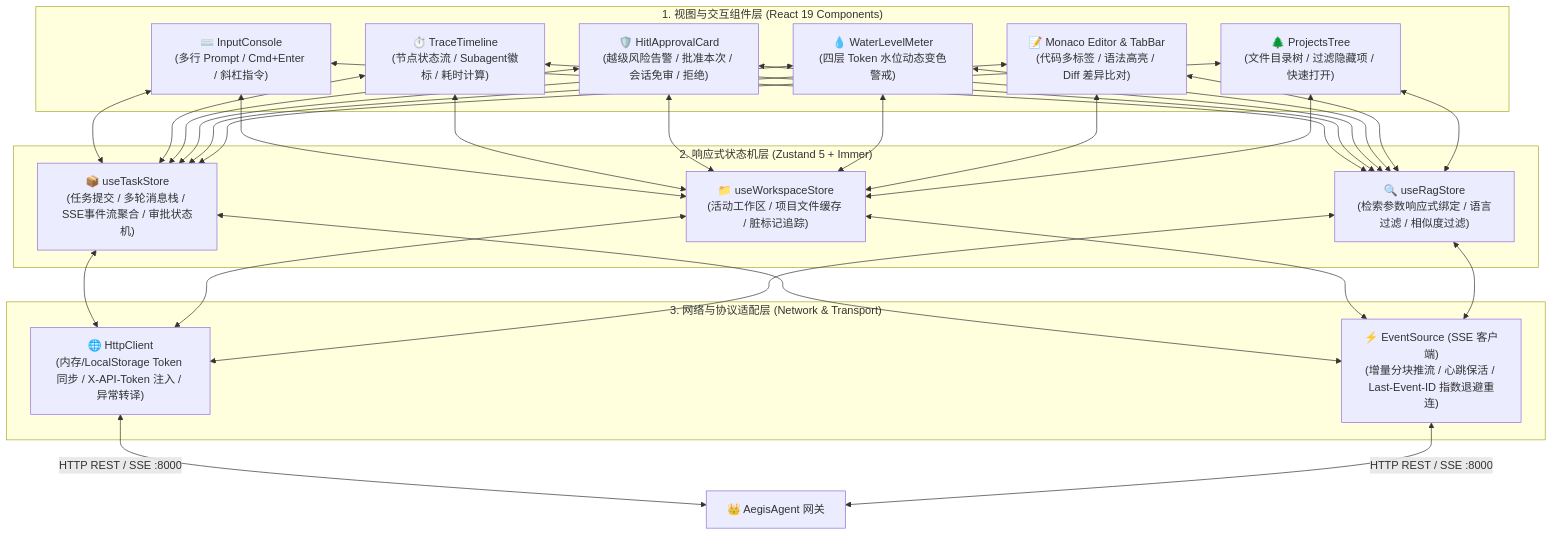
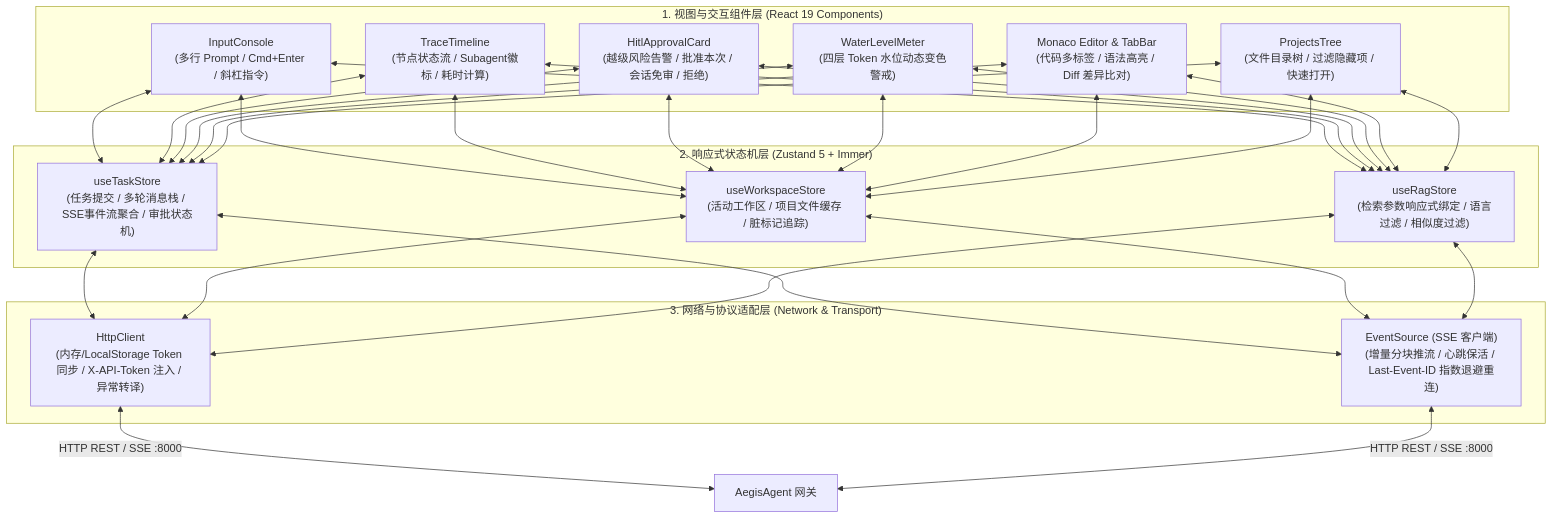
Before and after one commit to MakinoharaShokosans/Aegis: the diagram in documents/01_项目架构/04_Web前端与人机协同交互架构.md, drawn with Mermaid. The commit also changed 97 other files, not shown here.

````diff
--- a/documents/01_项目架构/04_Web前端与人机协同交互架构.md
+++ b/documents/01_项目架构/04_Web前端与人机协同交互架构.md
@@ -14,26 +14,26 @@
 ```mermaid
 flowchart TD
     subgraph UIComponents ["1. 视图与交互组件层 (React 19 Components)"]
-        Console["⌨️ InputConsole\n(多行 Prompt / Cmd+Enter / 斜杠指令)"]
-        Timeline["⏱️ TraceTimeline\n(节点状态流 / Subagent徽标 / 耗时计算)"]
-        Approval["🛡️ HitlApprovalCard\n(越级风险告警 / 批准本次 / 会话免审 / 拒绝)"]
-        Meter["💧 WaterLevelMeter\n(四层 Token 水位动态变色警戒)"]
-        Editor["📝 Monaco Editor & TabBar\n(代码多标签 / 语法高亮 / Diff 差异比对)"]
-        Tree["🌲 ProjectsTree\n(文件目录树 / 过滤隐藏项 / 快速打开)"]
+        Console[" InputConsole\n(多行 Prompt / Cmd+Enter / 斜杠指令)"]
+        Timeline[" TraceTimeline\n(节点状态流 / Subagent徽标 / 耗时计算)"]
+        Approval[" HitlApprovalCard\n(越级风险告警 / 批准本次 / 会话免审 / 拒绝)"]
+        Meter[" WaterLevelMeter\n(四层 Token 水位动态变色警戒)"]
+        Editor[" Monaco Editor & TabBar\n(代码多标签 / 语法高亮 / Diff 差异比对)"]
+        Tree[" ProjectsTree\n(文件目录树 / 过滤隐藏项 / 快速打开)"]
     end
 
     subgraph StateManagement ["2. 响应式状态机层 (Zustand 5 + Immer)"]
-        TaskStore["📦 useTaskStore\n(任务提交 / 多轮消息栈 / SSE事件流聚合 / 审批状态机)"]
-        WsStore["📁 useWorkspaceStore\n(活动工作区 / 项目文件缓存 / 脏标记追踪)"]
-        RagStore["🔍 useRagStore\n(检索参数响应式绑定 / 语言过滤 / 相似度过滤)"]
+        TaskStore[" useTaskStore\n(任务提交 / 多轮消息栈 / SSE事件流聚合 / 审批状态机)"]
+        WsStore[" useWorkspaceStore\n(活动工作区 / 项目文件缓存 / 脏标记追踪)"]
+        RagStore[" useRagStore\n(检索参数响应式绑定 / 语言过滤 / 相似度过滤)"]
     end
 
     subgraph NetworkLayer ["3. 网络与协议适配层 (Network & Transport)"]
-        HttpClt["🌐 HttpClient\n(内存/LocalStorage Token 同步 / X-API-Token 注入 / 异常转译)"]
-        EventSrc["⚡ EventSource (SSE 客户端)\n(增量分块推流 / 心跳保活 / Last-Event-ID 指数退避重连)"]
+        HttpClt[" HttpClient\n(内存/LocalStorage Token 同步 / X-API-Token 注入 / 异常转译)"]
+        EventSrc[" EventSource (SSE 客户端)\n(增量分块推流 / 心跳保活 / Last-Event-ID 指数退避重连)"]
     end
 
     Console & Timeline & Approval & Meter & Editor & Tree <--> TaskStore & WsStore & RagStore
     TaskStore & WsStore & RagStore <--> HttpClt & EventSrc
-    HttpClt & EventSrc <-->|HTTP REST / SSE :8000| AgentGateway["👑 AegisAgent 网关"]
+    HttpClt & EventSrc <-->|HTTP REST / SSE :8000| AgentGateway[" AegisAgent 网关"]
 ```
````
